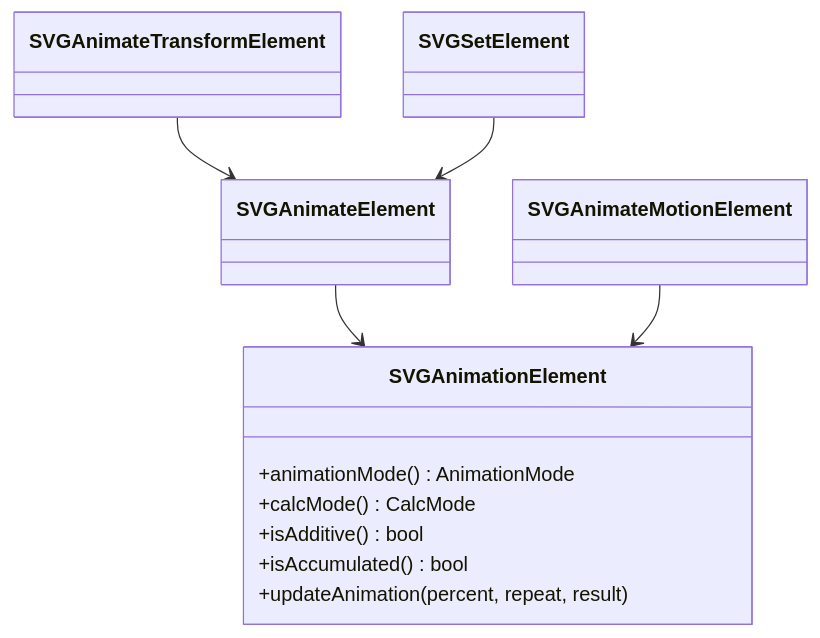
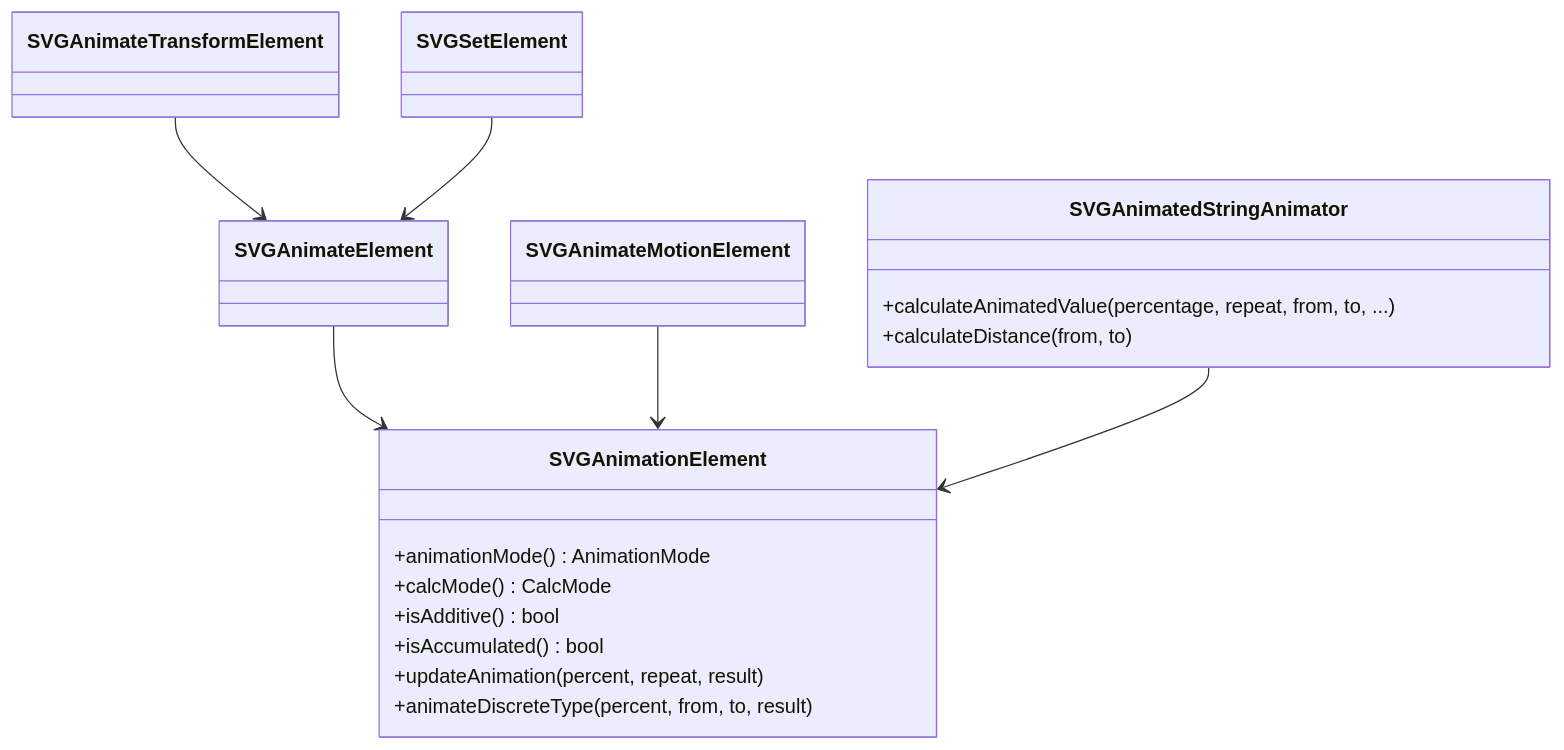
Before and after one commit to denisnadey/flutter_full_svg_support: the sixth of 9 diagrams in .qoder/repowiki/en/content/Animated SVG Support/SMIL Animation Specification/SMIL Animation Specification.md, drawn with Mermaid. The commit also changed other lines of this file and 40 other files, not shown here.

````diff
--- a/.qoder/repowiki/en/content/Animated SVG Support/SMIL Animation Specification/SMIL Animation Specification.md
+++ b/.qoder/repowiki/en/content/Animated SVG Support/SMIL Animation Specification/SMIL Animation Specification.md
@@ -256,18 +285,24 @@
 ```mermaid
 classDiagram
 class SVGAnimationElement {
 +animationMode() AnimationMode
 +calcMode() CalcMode
 +isAdditive() bool
 +isAccumulated() bool
 +updateAnimation(percent, repeat, result)
++animateDiscreteType(percent, from, to, result)
 }
 class SVGAnimateElement
 class SVGAnimateTransformElement
 class SVGAnimateMotionElement
 class SVGSetElement
+class SVGAnimatedStringAnimator {
++calculateAnimatedValue(percentage, repeat, from, to, ...)
++calculateDistance(from, to)
+}
 SVGAnimateElement --> SVGAnimationElement
 SVGAnimateTransformElement --> SVGAnimateElement
 SVGAnimateMotionElement --> SVGAnimationElement
 SVGSetElement --> SVGAnimateElement
+SVGAnimatedStringAnimator --> SVGAnimationElement
 ```
````
